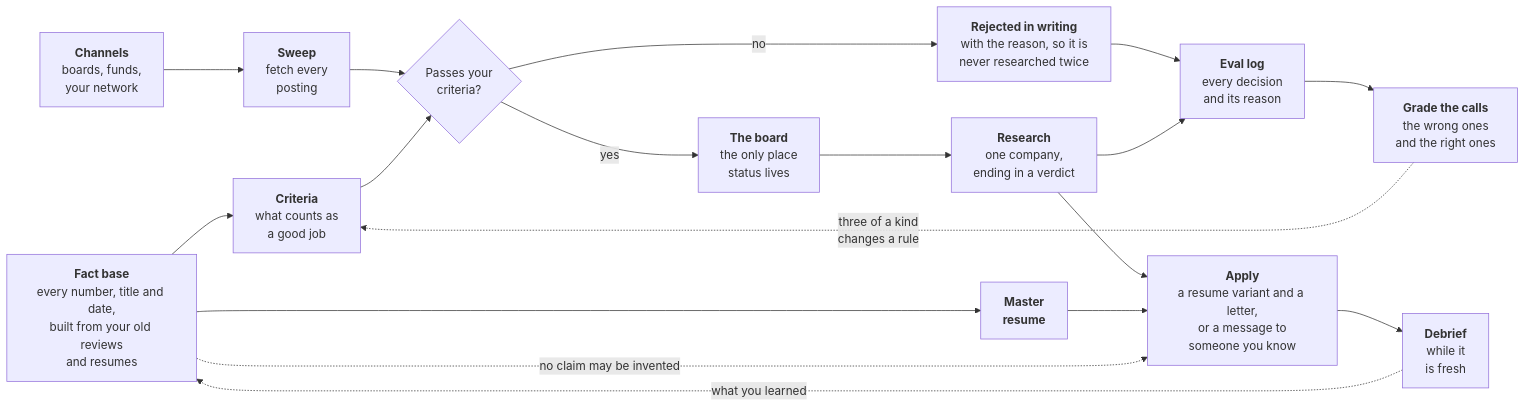
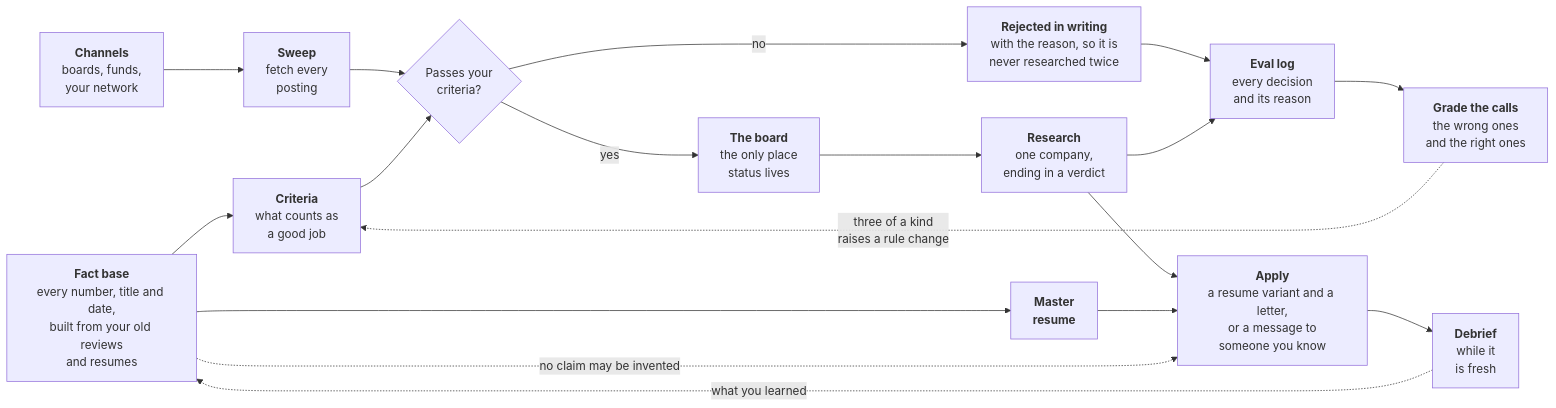
Before and after one commit to lukearmistead/harpoon: the diagram in README.md, drawn with Mermaid. The commit also changed other lines of this file and 29 other files, not shown here.

````diff
--- a/README.md
+++ b/README.md
@@ -64,25 +74,25 @@
 ```mermaid
 flowchart LR
     facts["<b>Fact base</b><br/>every number, title and date,<br/>built from your old reviews<br/>and resumes"]
     facts --> criteria["<b>Criteria</b><br/>what counts as<br/>a good job"]
     facts --> resume["<b>Master<br/>resume</b>"]
 
     channels["<b>Channels</b><br/>boards, funds,<br/>your network"] --> sweep["<b>Sweep</b><br/>fetch every<br/>posting"]
     sweep --> filter{"Passes your<br/>criteria?"}
     criteria --> filter
 
     filter -->|no| rejected["<b>Rejected in writing</b><br/>with the reason, so it is<br/>never researched twice"]
     filter -->|yes| board["<b>The board</b><br/>the only place<br/>status lives"]
     rejected --> log["<b>Eval log</b><br/>every decision<br/>and its reason"]
     board --> research["<b>Research</b><br/>one company,<br/>ending in a verdict"]
     research --> log
     log --> grade["<b>Grade the calls</b><br/>the wrong ones<br/>and the right ones"]
 
     research --> apply["<b>Apply</b><br/>a resume variant and a letter,<br/>or a message to<br/>someone you know"]
     resume --> apply
     apply --> debrief["<b>Debrief</b><br/>while it<br/>is fresh"]
 
     facts -.->|"no claim may be invented"| apply
     debrief -.->|"what you learned"| facts
-    grade -.->|"three of a kind<br/>changes a rule"| criteria
+    grade -.->|"three of a kind<br/>raises a rule change"| criteria
 ```
````
